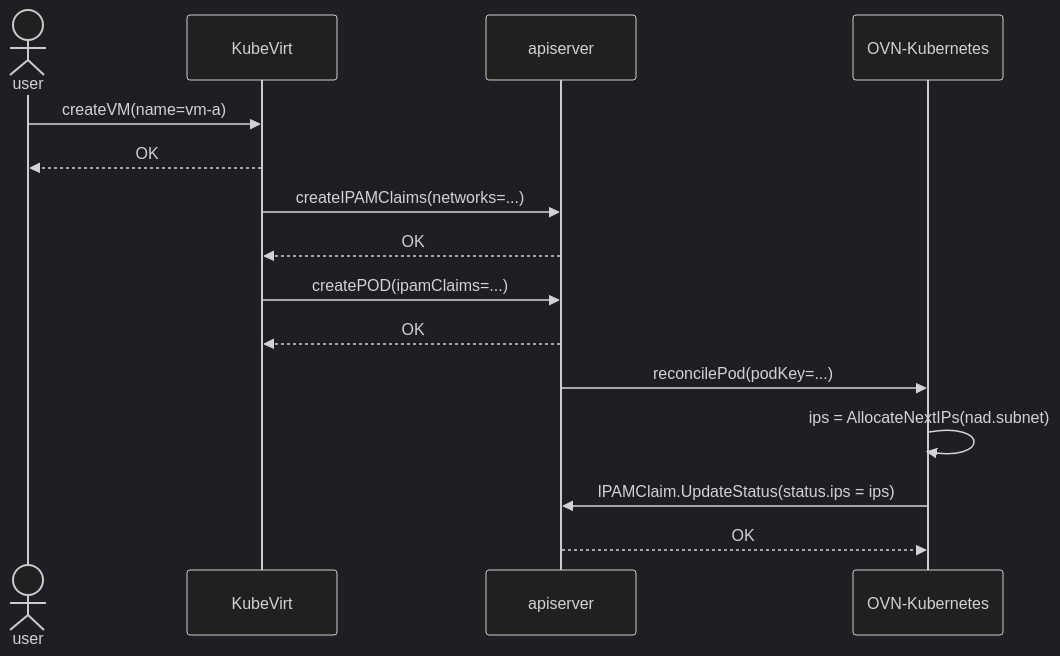
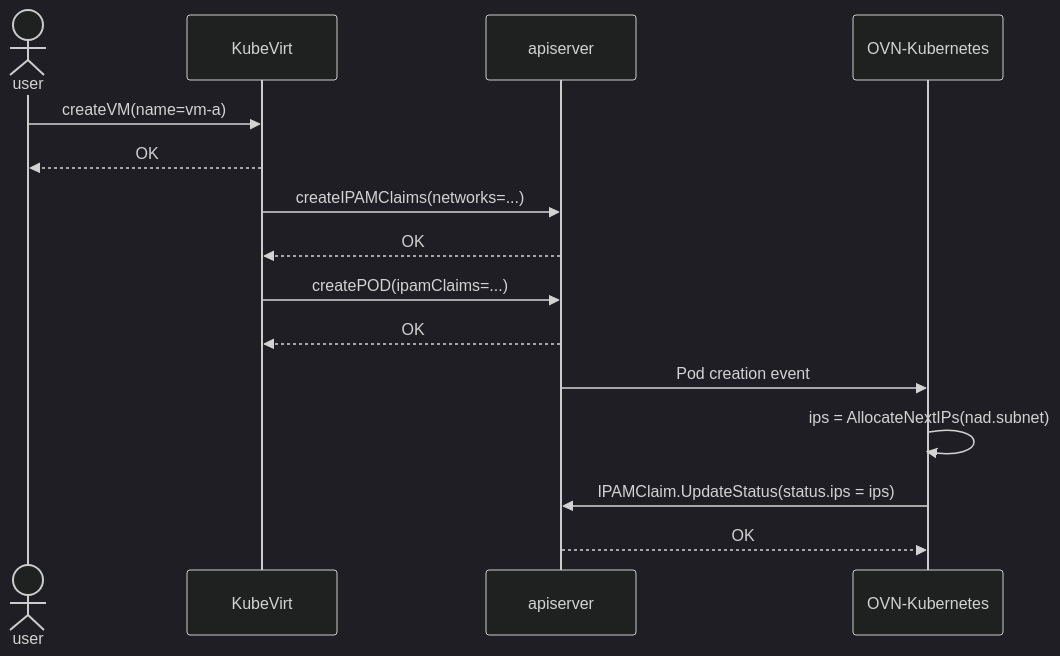
Before and after one commit to ovn-kubernetes/ovn-kubernetes: the first of 2 diagrams in docs/features/multiple-networks/multi-homing.md, drawn with Mermaid (dark theme). The commit also changed other lines of this file and 28 other files, not shown here.

First line of the commit message:
ovn: reconcile pod teardown without touching replacements

````diff
--- a/docs/features/multiple-networks/multi-homing.md
+++ b/docs/features/multiple-networks/multi-homing.md
@@ -380,21 +380,21 @@
 ```mermaid
 sequenceDiagram
   actor user
   participant KubeVirt
   participant apiserver
   participant OVN-Kubernetes
 
   user->>KubeVirt: createVM(name=vm-a)
   KubeVirt-->>user: OK
 
   KubeVirt->>apiserver: createIPAMClaims(networks=...)
   apiserver-->>KubeVirt: OK
 
   KubeVirt->>apiserver: createPOD(ipamClaims=...)
   apiserver-->>KubeVirt: OK
 
-  apiserver->>OVN-Kubernetes: reconcilePod(podKey=...)
+  apiserver->>OVN-Kubernetes: Pod creation event
   OVN-Kubernetes->>OVN-Kubernetes: ips = AllocateNextIPs(nad.subnet)
   OVN-Kubernetes->>apiserver: IPAMClaim.UpdateStatus(status.ips = ips)
   apiserver-->>OVN-Kubernetes: OK
 ```
````
